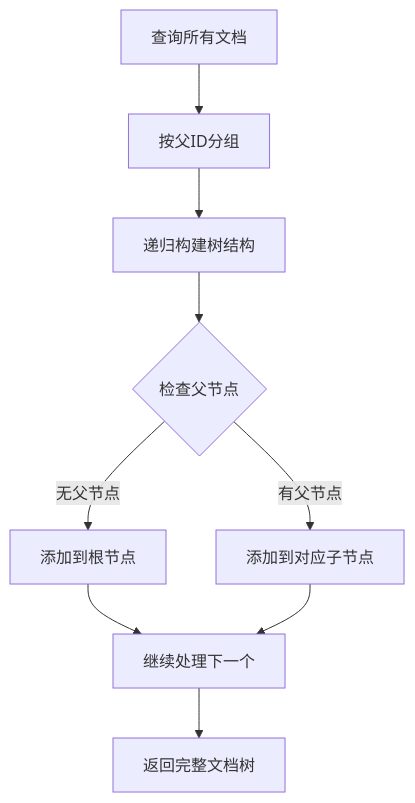
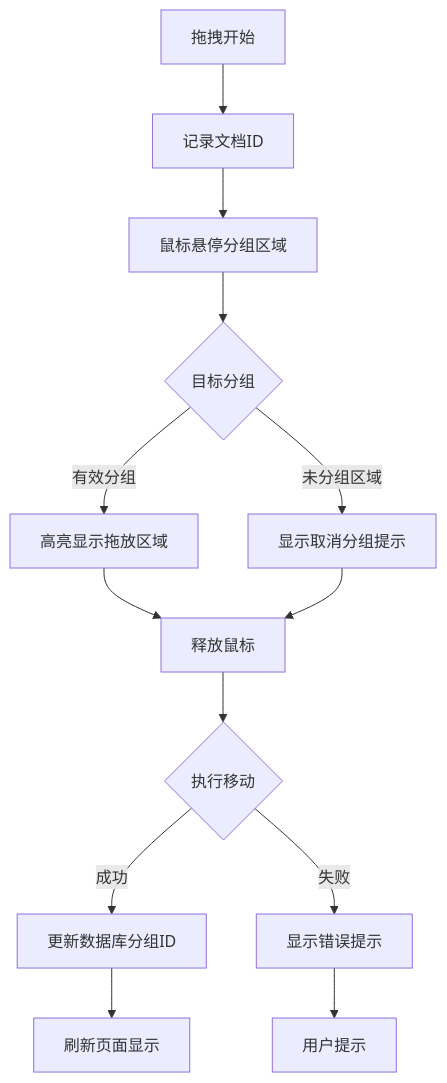
One commit to beyondalbert/my_wiki changed diagram 12 of 18 in .qoder/repowiki/zh/content/架构设计/蓝图系统设计/文档蓝图 (Document Blueprint).md. Above: the diagram before and after it, drawn with Mermaid. The commit also changed other lines of this file and 5 other files, not shown here.

````diff
--- a/.qoder/repowiki/zh/content/架构设计/蓝图系统设计/文档蓝图 (Document Blueprint).md
+++ b/.qoder/repowiki/zh/content/架构设计/蓝图系统设计/文档蓝图 (Document Blueprint).md
@@ -495,11 +584,15 @@
 ```mermaid
 flowchart TD
-A[查询所有文档] --> B[按父ID分组]
-B --> C[递归构建树结构]
-C --> D{检查父节点}
-D --> |无父节点| E[添加到根节点]
-D --> |有父节点| F[添加到对应子节点]
-E --> G[继续处理下一个]
+A[拖拽开始] --> B[记录文档ID]
+B --> C[鼠标悬停分组区域]
+C --> D{目标分组}
+D --> |有效分组| E[高亮显示拖放区域]
+D --> |未分组区域| F[显示取消分组提示]
+E --> G[释放鼠标]
 F --> G
-G --> H[返回完整文档树]
+G --> H{执行移动}
+H --> |成功| I[更新数据库分组ID]
+H --> |失败| J[显示错误提示]
+I --> K[刷新页面显示]
+J --> L[用户提示]
 ```
````
